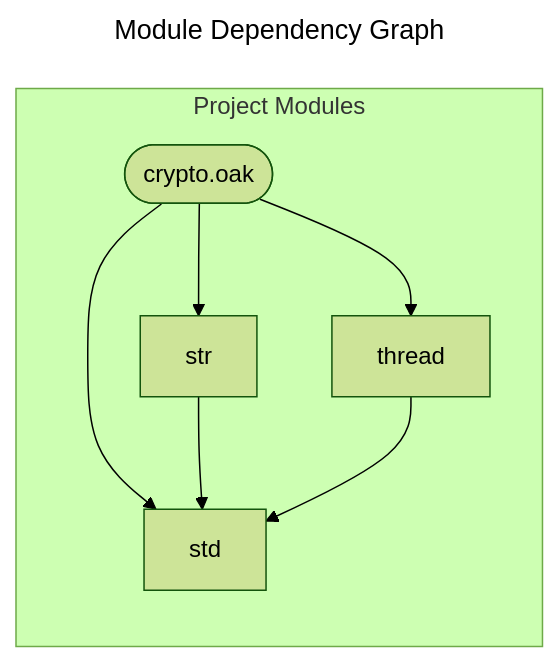
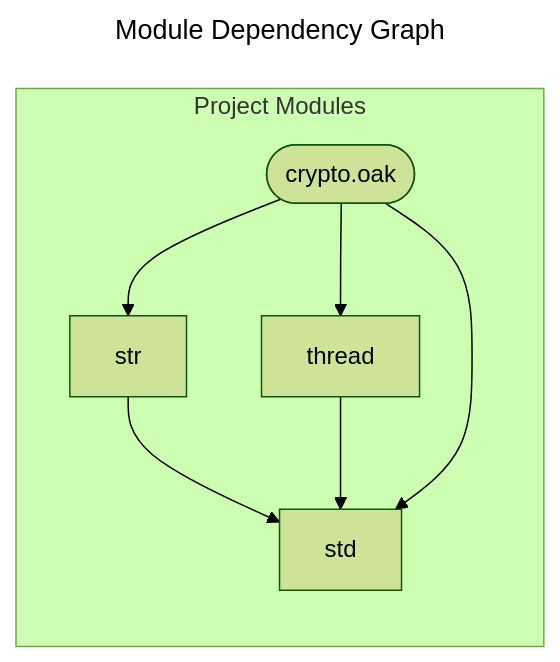
The diagram in docs/spec/crypto.mmd (SpcFORK/magnolia), drawn with Mermaid (forest theme) before and after one commit. The commit also changed other lines of this file and 184 other files, not shown here.

```diff
--- a/docs/spec/crypto.mmd
+++ b/docs/spec/crypto.mmd
@@ -1,15 +1,15 @@
 ---
 title: Module Dependency Graph
 ---
 flowchart LR
     subgraph project_modules ["Project Modules"]
-        lib_crypto_oak(["crypto.oak"])
         std["std"]
         str["str"]
         thread["thread"]
+        lib_crypto_oak(["crypto.oak"])
     end
+    str --> std
+    thread --> std
     lib_crypto_oak --> std
     lib_crypto_oak --> str
     lib_crypto_oak --> thread
-    str --> std
-    thread --> std
```
